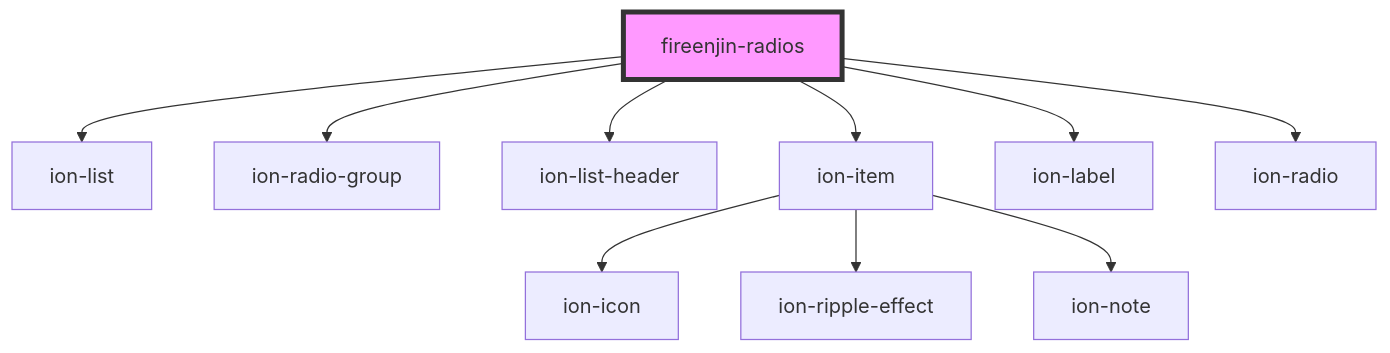
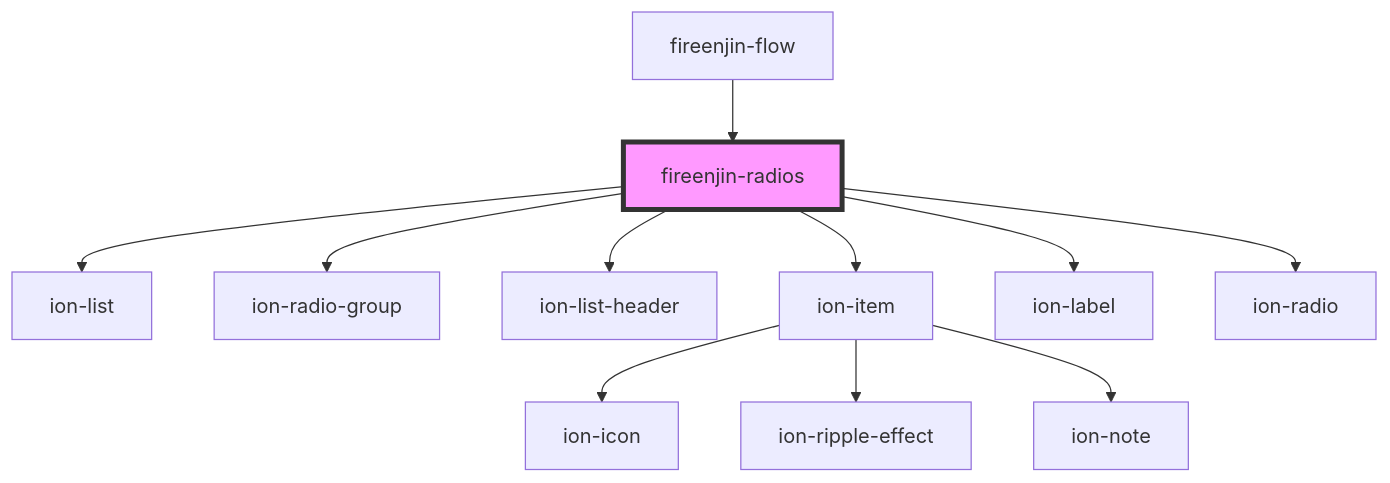
Before and after one commit to FireEnjin/Components: the diagram in src/components/radios/readme.md, drawn with Mermaid. The commit also changed other lines of this file and 4 other files, not shown here.

Commit message:
fix(flow): Wire up radios component as field

````diff
--- a/src/components/radios/readme.md
+++ b/src/components/radios/readme.md
@@ -51,13 +55,14 @@
 ```mermaid
 graph TD;
   fireenjin-radios --> ion-list
   fireenjin-radios --> ion-radio-group
   fireenjin-radios --> ion-list-header
   fireenjin-radios --> ion-item
   fireenjin-radios --> ion-label
   fireenjin-radios --> ion-radio
   ion-item --> ion-icon
   ion-item --> ion-ripple-effect
   ion-item --> ion-note
+  fireenjin-flow --> fireenjin-radios
   style fireenjin-radios fill:#f9f,stroke:#333,stroke-width:4px
 ```
````
